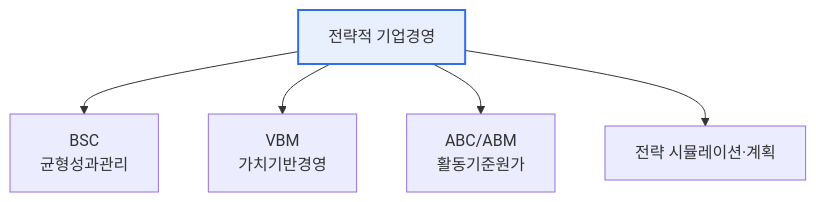
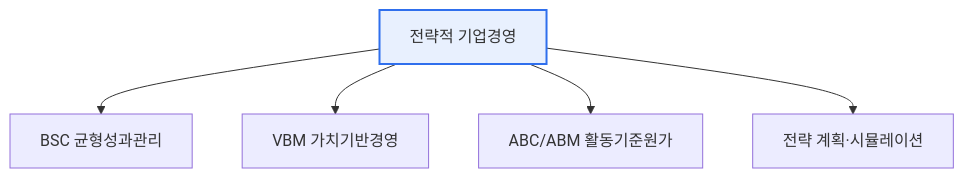
The first of 2 diagrams in content/strategic-enterprise-management.md (coninggu/wjdqhrhksflrltnftk), drawn with Mermaid before and after one commit. The commit also changed other lines of this file and 4 other files, not shown here.

````diff
--- a/content/strategic-enterprise-management.md
+++ b/content/strategic-enterprise-management.md
@@ -12,8 +15,8 @@
 ```mermaid
 flowchart TB
-  SEM[전략적 기업경영] --> B[BSC<br/>균형성과관리]
-  SEM --> V[VBM<br/>가치기반경영]
-  SEM --> A[ABC/ABM<br/>활동기준원가]
-  SEM --> P[전략 시뮬레이션·계획]
+  SEM[전략적 기업경영] --> B[BSC 균형성과관리]
+  SEM --> V[VBM 가치기반경영]
+  SEM --> A[ABC/ABM 활동기준원가]
+  SEM --> P[전략 계획·시뮬레이션]
   style SEM fill:#e8f0fe,stroke:#2f6fed,stroke-width:2px
 ```
````
